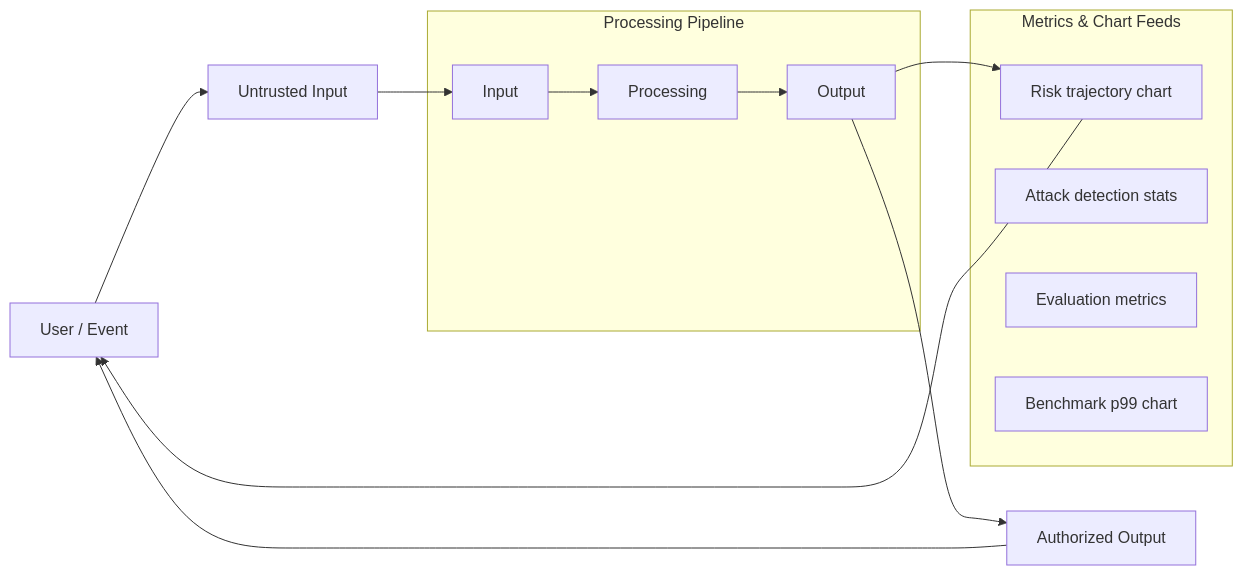
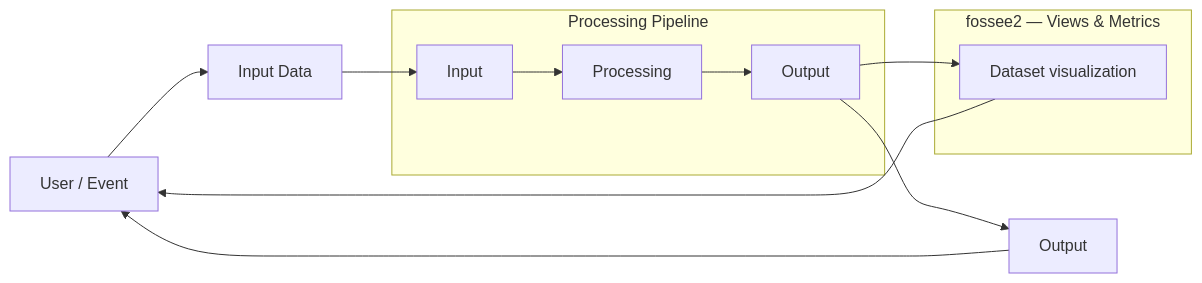
Before and after one commit to Punyamittal/fossee2: the second of 3 diagrams in README.md, drawn with Mermaid. The commit also changed other lines of this file, not shown here.

````diff
--- a/README.md
+++ b/README.md
@@ -310,25 +306,22 @@
 ```mermaid
 flowchart LR
-    U["User / Event"] --> IN["Untrusted Input"]
+    U["User / Event"] --> IN["Input Data"]
 
     subgraph Pipeline["Processing Pipeline"]
         p0["Input"]
         p1["Processing"]
         p2["Output"]
         p0 --> p1
         p1 --> p2
     end
 
-    subgraph Metrics["Metrics & Chart Feeds"]
-        risk_trajectory["Risk trajectory chart"]
-        attack_stats["Attack detection stats"]
-        eval_metrics["Evaluation metrics"]
-        benchmark_p99["Benchmark p99 chart"]
+    subgraph Metrics["fossee2 — Views & Metrics"]
+        dataset_viz["Dataset visualization"]
     end
 
     IN --> p0
-    p2 --> OUT["Authorized Output"]
+    p2 --> OUT["Output"]
     OUT --> U
-    p2 --> risk_trajectory
-    risk_trajectory --> U
+    p2 --> dataset_viz
+    dataset_viz --> U
 ```
````
